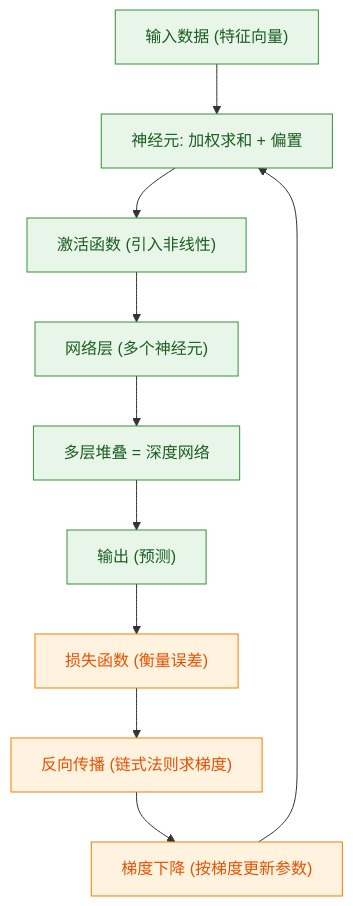
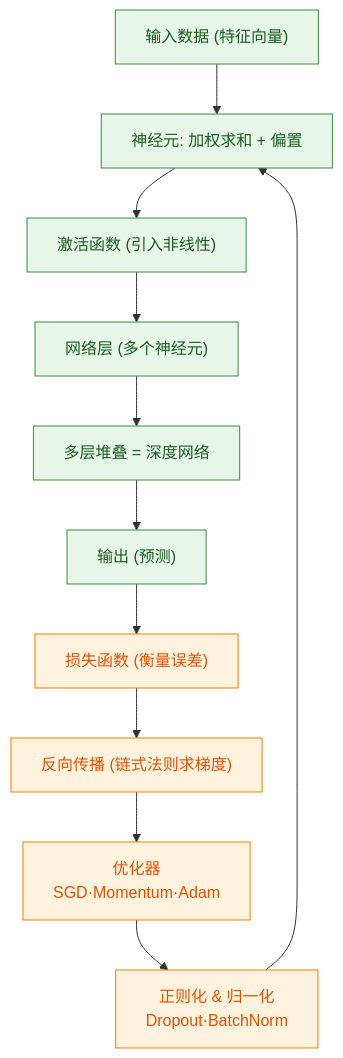
The diagram in docs/03-深度学习基础/000-分类总览与知识图谱.md (HarveyWebLee/ai-docs), drawn with Mermaid before and after one commit. The commit also changed other lines of this file and 50 other files, not shown here.

````diff
--- a/docs/03-深度学习基础/000-分类总览与知识图谱.md
+++ b/docs/03-深度学习基础/000-分类总览与知识图谱.md
@@ -18,17 +20,18 @@
 ```mermaid
 graph TD
   Input["输入数据 (特征向量)"] --> Neuron["神经元: 加权求和 + 偏置"]
   Neuron --> Act["激活函数 (引入非线性)"]
   Act --> Layer["网络层 (多个神经元)"]
   Layer --> Deep["多层堆叠 = 深度网络"]
   Deep --> Output["输出 (预测)"]
   Output --> Loss["损失函数 (衡量误差)"]
   Loss --> Backprop["反向传播 (链式法则求梯度)"]
-  Backprop --> GD["梯度下降 (按梯度更新参数)"]
-  GD --> Neuron
+  Backprop --> Opt["优化器<br/>SGD·Momentum·Adam"]
+  Opt --> Reg["正则化 & 归一化<br/>Dropout·BatchNorm"]
+  Reg --> Neuron
 
   classDef fwd fill:#e8f5e9,stroke:#388e3c,color:#1b5e20;
   classDef learn fill:#fff3e0,stroke:#f57c00,color:#e65100;
   class Input,Neuron,Act,Layer,Deep,Output fwd;
-  class Loss,Backprop,GD learn;
+  class Loss,Backprop,Opt,Reg learn;
 ```
````
